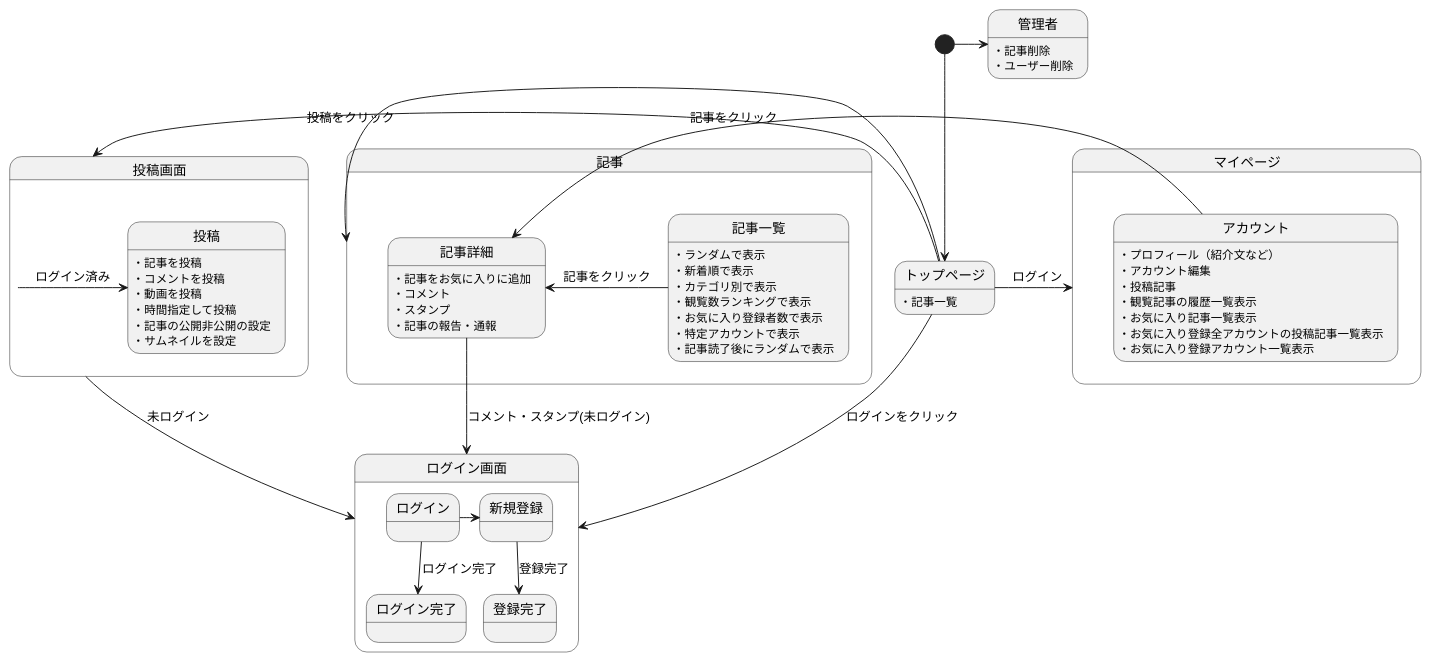
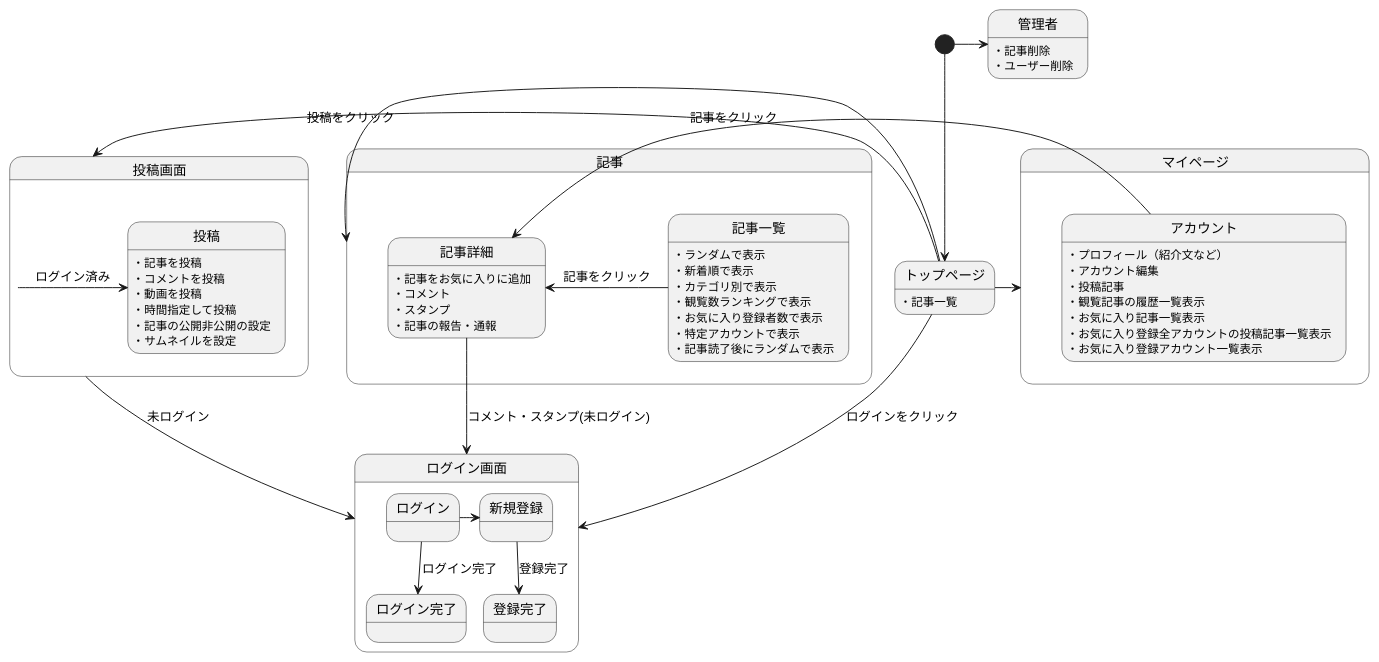
Before and after one commit to Aso2001001/2022System: the diagram in 後期画面遷移.md, drawn with PlantUML.

````diff
--- a/後期画面遷移.md
+++ b/後期画面遷移.md
@@ -1,74 +1,74 @@
 ```uml
 @startuml
 [*] --> トップページ
 
 
 トップページ -> 記事
-トップページ -left-> マイページ :ログイン
+トップページ -left-> マイページ
 トップページ -> 投稿画面 : 投稿をクリック
 
 トップページ:・記事一覧
 
 トップページ -down-> ログイン画面 : ログインをクリック
 
 
 state ログイン画面{
 ログイン -> 新規登録
 ログイン -down-> ログイン完了 : ログイン完了
 新規登録 -down-> 登録完了 : 登録完了
 }
 
 state 記事{
 記事一覧 -left-> 記事詳細 : 記事をクリック
 記事詳細 -> ログイン画面 :コメント・スタンプ(未ログイン)
 
 記事一覧:・ランダムで表示
 記事一覧:・新着順で表示
 記事一覧:・カテゴリ別で表示
 記事一覧:・観覧数ランキングで表示
 記事一覧:・お気に入り登録者数で表示
 記事一覧:・特定アカウントで表示
 記事一覧:・記事読了後にランダムで表示
 
 記事詳細:・記事をお気に入りに追加
 記事詳細:・コメント
 記事詳細:・スタンプ
 記事詳細:・記事の報告・通報
 
 }
 
 state 投稿画面{
 投稿画面 -> ログイン画面 : 未ログイン
 投稿画面 -> 投稿 : ログイン済み
 
 投稿:・記事を投稿
 投稿:・コメントを投稿
 投稿:・動画を投稿
 投稿:・時間指定して投稿
 投稿:・記事の公開非公開の設定
 投稿:・サムネイルを設定
 
 }
 
 state マイページ{
 
 アカウント -> 記事詳細 : 記事をクリック
 
 アカウント:・プロフィール（紹介文など）
 アカウント:・アカウント編集
 アカウント:・投稿記事
 アカウント:・観覧記事の履歴一覧表示
 アカウント:・お気に入り記事一覧表示
 アカウント:・お気に入り登録全アカウントの投稿記事一覧表示
 アカウント:・お気に入り登録アカウント一覧表示
 
 }
 
 
 [*] -right-> 管理者
 管理者:・記事削除
 管理者:・ユーザー削除
 
 
 @enduml
 ```
````
